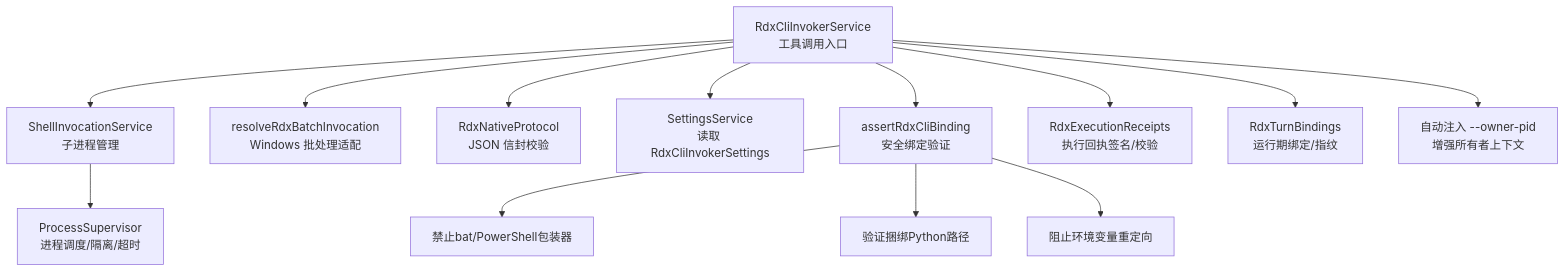
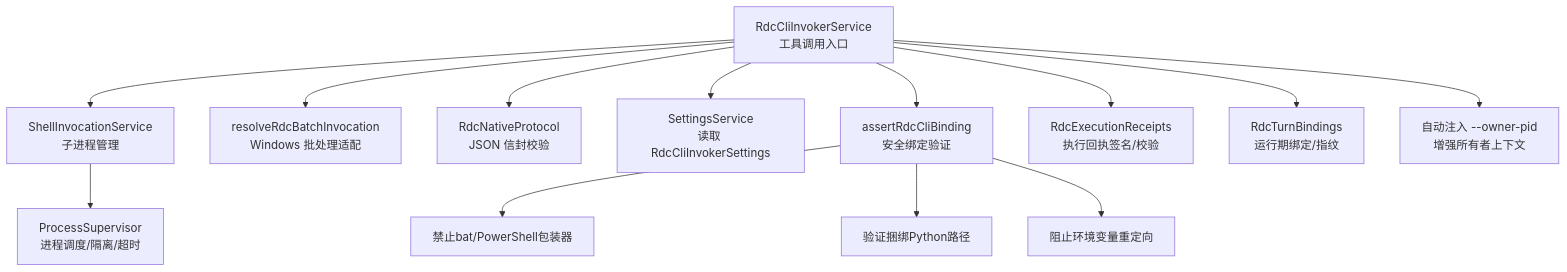
Before and after one commit to haolange/RDC-Agent: the first of 7 diagrams in .qoder/repowiki/zh/content/核心模块/工具系统/RDX CLI 调用器.md, drawn with Mermaid. The commit also changed other lines of this file and 557 other files, not shown here.

````diff
--- a/.qoder/repowiki/zh/content/核心模块/工具系统/RDX CLI 调用器.md
+++ b/.qoder/repowiki/zh/content/核心模块/工具系统/RDX CLI 调用器.md
@@ -52,15 +52,15 @@
 ```mermaid
 graph TB
-A["RdxCliInvokerService<br/>工具调用入口"] --> B["ShellInvocationService<br/>子进程管理"]
-A --> C["resolveRdxBatchInvocation<br/>Windows 批处理适配"]
-A --> D["RdxNativeProtocol<br/>JSON 信封校验"]
-A --> E["SettingsService<br/>读取 RdxCliInvokerSettings"]
-A --> F["assertRdxCliBinding<br/>安全绑定验证"]
+A["RdcCliInvokerService<br/>工具调用入口"] --> B["ShellInvocationService<br/>子进程管理"]
+A --> C["resolveRdcBatchInvocation<br/>Windows 批处理适配"]
+A --> D["RdcNativeProtocol<br/>JSON 信封校验"]
+A --> E["SettingsService<br/>读取 RdcCliInvokerSettings"]
+A --> F["assertRdcCliBinding<br/>安全绑定验证"]
 B --> G["ProcessSupervisor<br/>进程调度/隔离/超时"]
-A --> H["RdxExecutionReceipts<br/>执行回执签名/校验"]
-A --> I["RdxTurnBindings<br/>运行期绑定/指纹"]
+A --> H["RdcExecutionReceipts<br/>执行回执签名/校验"]
+A --> I["RdcTurnBindings<br/>运行期绑定/指纹"]
 A --> J["自动注入 --owner-pid<br/>增强所有者上下文"]
 F --> K["禁止bat/PowerShell包装器"]
 F --> L["验证捆绑Python路径"]
 F --> M["阻止环境变量重定向"]
 ```
````
